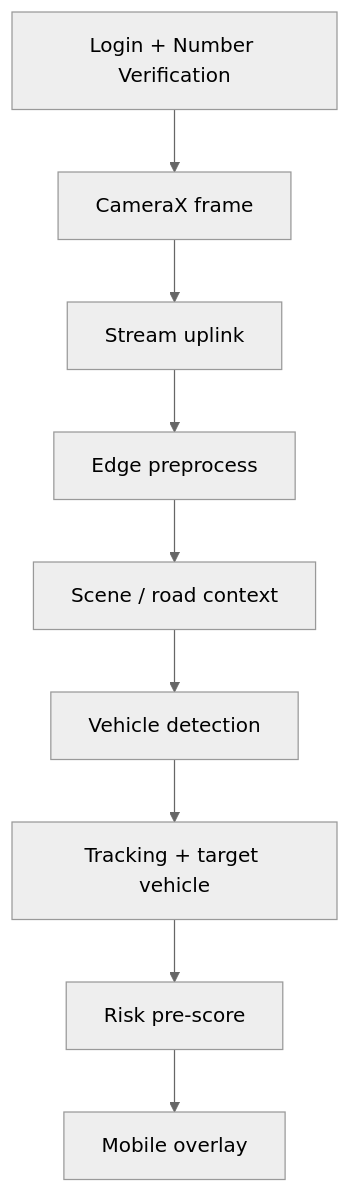
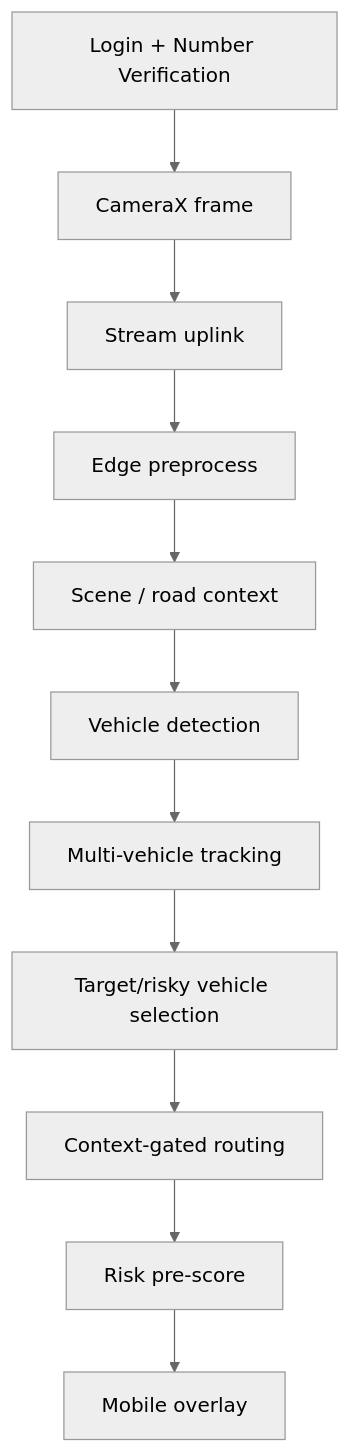
Before and after one commit to akyilidizbaran/anomali-road-safety-ai: the diagram in architecture/flows/live_inference_flow.md, drawn with Mermaid (neutral theme). The commit also changed 13 other files, not shown here.

Commit message:
Document context-gated model routing

````diff
--- a/architecture/flows/live_inference_flow.md
+++ b/architecture/flows/live_inference_flow.md
@@ -3,11 +3,13 @@
 ```mermaid
 flowchart TD
   A["Login + Number Verification"] --> B["CameraX frame"]
   B --> C["Stream uplink"]
   C --> D["Edge preprocess"]
   D --> E["Scene / road context"]
   E --> F["Vehicle detection"]
-  F --> G["Tracking + target vehicle"]
-  G --> H["Risk pre-score"]
-  H --> I["Mobile overlay"]
+  F --> G["Multi-vehicle tracking"]
+  G --> H["Target/risky vehicle selection"]
+  H --> I["Context-gated routing"]
+  I --> J["Risk pre-score"]
+  J --> K["Mobile overlay"]
 ```
````
